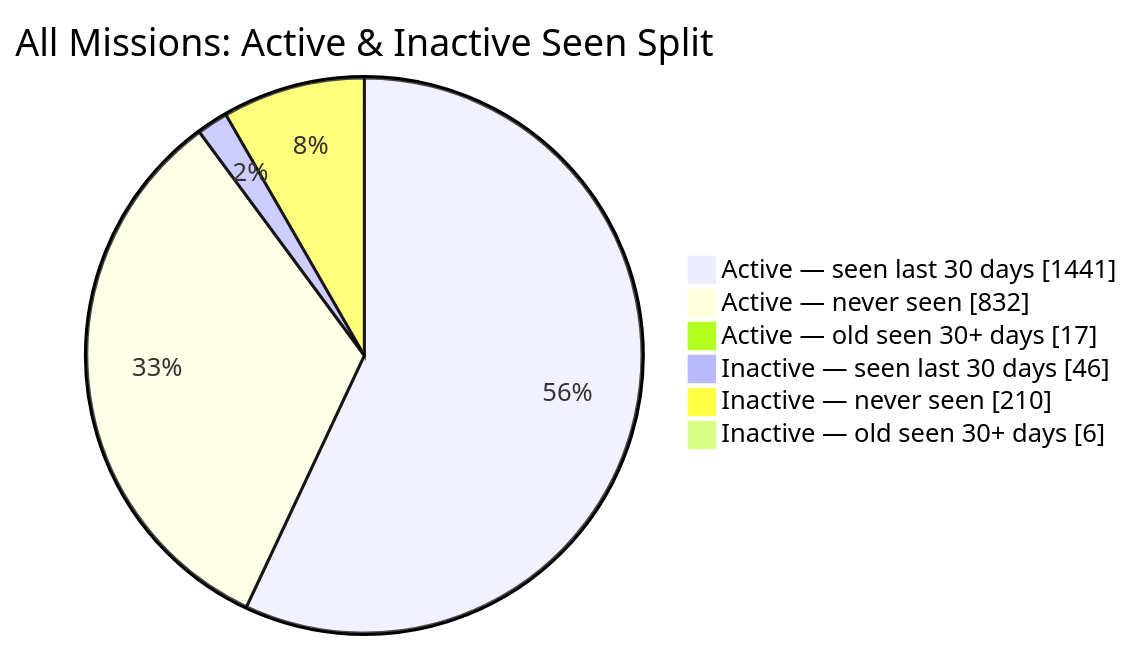
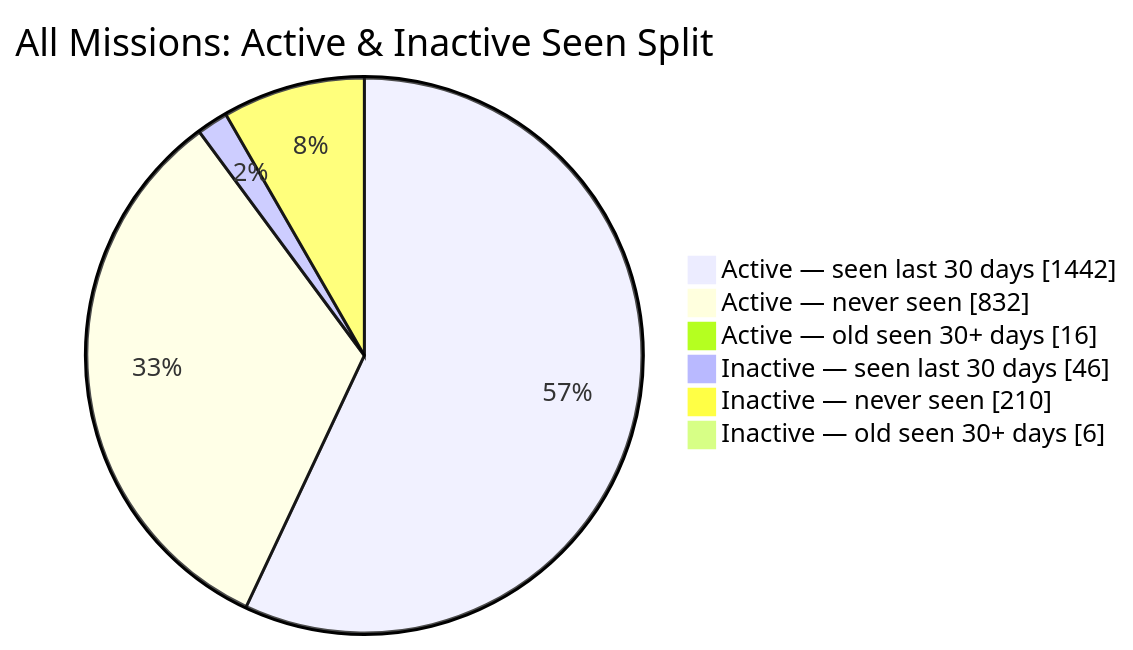
The second of 2 diagrams in README.md (MeldkamerspelGameTeam/active-missions), drawn with Mermaid before and after one commit. The commit also changed other lines of this file and 3 other files, not shown here.

````diff
--- a/README.md
+++ b/README.md
@@ -44,10 +44,10 @@
 ```mermaid
 pie showData
     title All Missions: Active & Inactive Seen Split
-    "Active — seen last 30 days" : 1441
+    "Active — seen last 30 days" : 1442
     "Active — never seen" : 832
-    "Active — old seen 30+ days" : 17
+    "Active — old seen 30+ days" : 16
     "Inactive — seen last 30 days" : 46
     "Inactive — never seen" : 210
     "Inactive — old seen 30+ days" : 6
 ```
````
